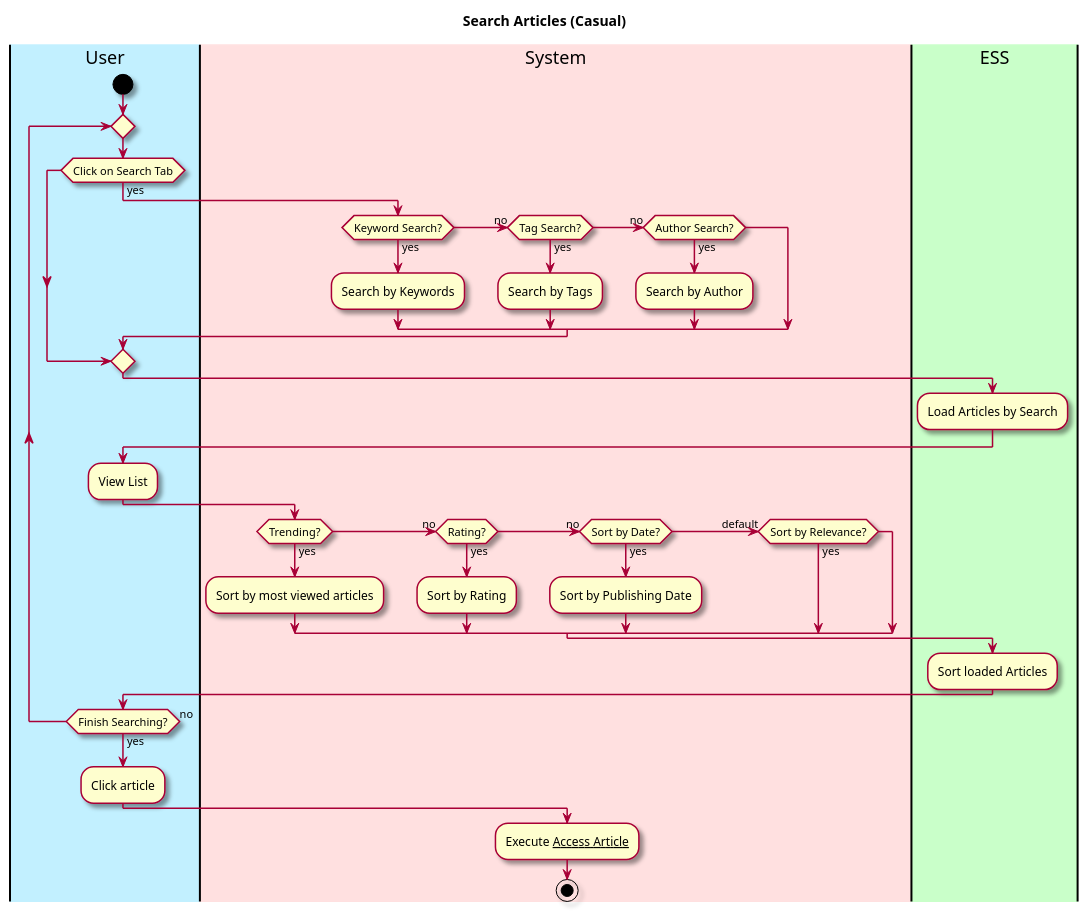
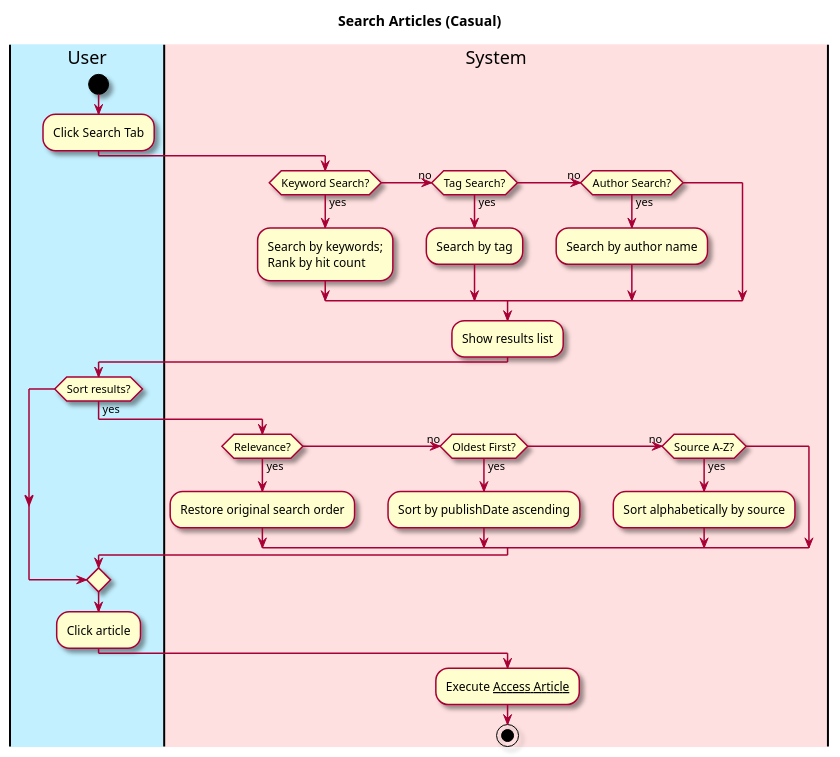
The first of 6 diagrams in intellij/doc/use-cases/search-article.md (owhitleym-ui/EcoScoop), drawn with PlantUML before and after one commit. The commit also changed other lines of this file and 12 other files, not shown here.

Commit message:
Updated documentation, class diagram, use cases, and readme

````diff
--- a/intellij/doc/use-cases/search-article.md
+++ b/intellij/doc/use-cases/search-article.md
@@ -20,53 +18,44 @@
 ```plantuml
 @startuml
 skin rose
 
 title Search Articles (Casual)
 
-'define the lanes
 |#application|User|
 |#implementation|System|
-|#technology|ESS|
 
 |User|
 start
-repeat 
-if (Click on Search Tab) then (yes)
+:Click Search Tab;
+
 |System|
-    if (Keyword Search?) then (yes)
-    :Search by Keywords;
-    (no) elseif (Tag Search?) then (yes)
-    :Search by Tags;
-    (no) elseif (Author Search?) then (yes)
-    :Search by Author;
-    endif
+if (Keyword Search?) then (yes)
+  :Search by keywords;\nRank by hit count;
+(no) elseif (Tag Search?) then (yes)
+  :Search by tag;
+(no) elseif (Author Search?) then (yes)
+  :Search by author name;
+endif
 
-endif
-|ESS|
-:Load Articles by Search;
-|User|
-:View List;
-|System|
-    
-    if (Trending?) then (yes)
-    :Sort by most viewed articles;
-    (no) elseif (Rating?) then (yes)
-    :Sort by Rating;
-    (no) elseif (Sort by Date?) then (yes)
-    :Sort by Publishing Date;
-    (default) elseif (Sort by Relevance?) then (yes)
-    endif
-
-|ESS|
-:Sort loaded Articles;
+:Show results list;
 
 |User|
+if (Sort results?) then (yes)
+  |System|
+  if (Relevance?) then (yes)
+    :Restore original search order;
+  (no) elseif (Oldest First?) then (yes)
+    :Sort by publishDate ascending;
+  (no) elseif (Source A-Z?) then (yes)
+    :Sort alphabetically by source;
+  endif
+endif
 
-repeat while (Finish Searching?) is (no) not (yes)
+|User|
 :Click article;
 
 |System|
 :Execute __Access Article__;
 stop
 @enduml
 ```
````
